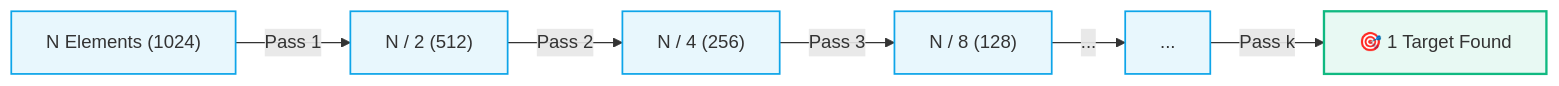
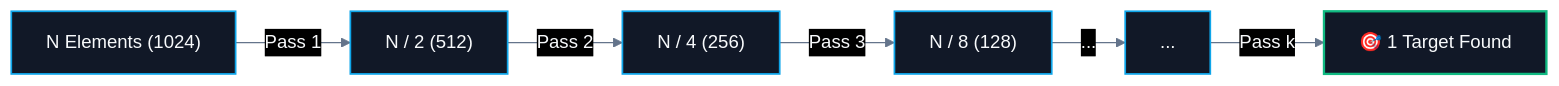
One commit to abhinavbharti2345/CS_Notes changed the first of 3 diagrams in CS/DSA/02. Binary Search/Binary Search.md. Above: the diagram before and after it, drawn with Mermaid. The commit also changed other lines of this file and 195 other files, not shown here.

````diff
--- a/CS/DSA/02. Binary Search/Binary Search.md
+++ b/CS/DSA/02. Binary Search/Binary Search.md
@@ -45,13 +45,14 @@
 ```mermaid
+%%{init: {'theme': 'base', 'themeVariables': { 'darkMode': true, 'background': '#0B0F14', 'mainBkg': '#111827', 'primaryColor': '#111827', 'primaryTextColor': '#F8FAFC', 'primaryBorderColor': '#38BDF8', 'lineColor': '#64748B', 'secondaryColor': '#0B0F14', 'tertiaryColor': '#0B0F14', 'clusterBkg': '#0B0F14', 'clusterBorder': '#38BDF8' }}}%%
 flowchart LR
     N["N Elements (1024)"] -->|Pass 1| N2["N / 2 (512)"]
     N2 -->|Pass 2| N4["N / 4 (256)"]
     N4 -->|Pass 3| N8["N / 8 (128)"]
     N8 -->|...| Dot["..."]
     Dot -->|Pass k| One["🎯 1 Target Found"]
 
-    classDef stage fill:#0ea5e918,stroke:#0ea5e9,stroke-width:1.5px;
-    classDef target fill:#10b98118,stroke:#10b981,stroke-width:2px;
+    classDef stage fill:#111827,stroke:#0ea5e9,stroke-width:1.5px,color:#F8FAFC;
+    classDef target fill:#111827,stroke:#10b981,stroke-width:2px,color:#F8FAFC;
     class N,N2,N4,N8,Dot stage;
     class One target;
 ```
````
